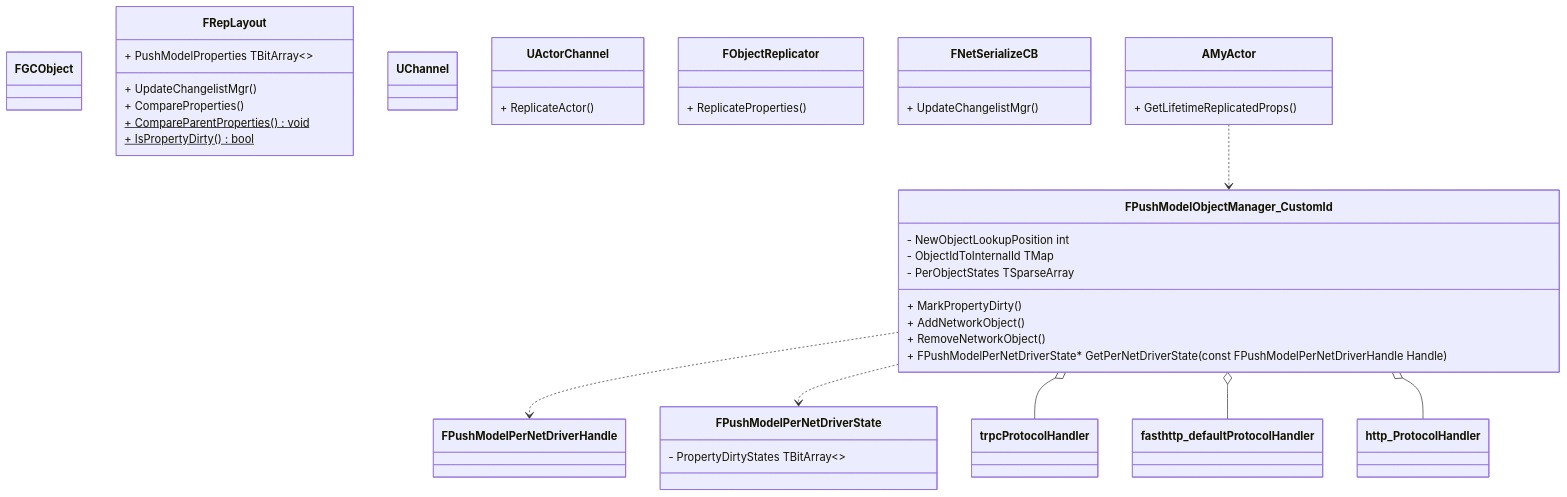
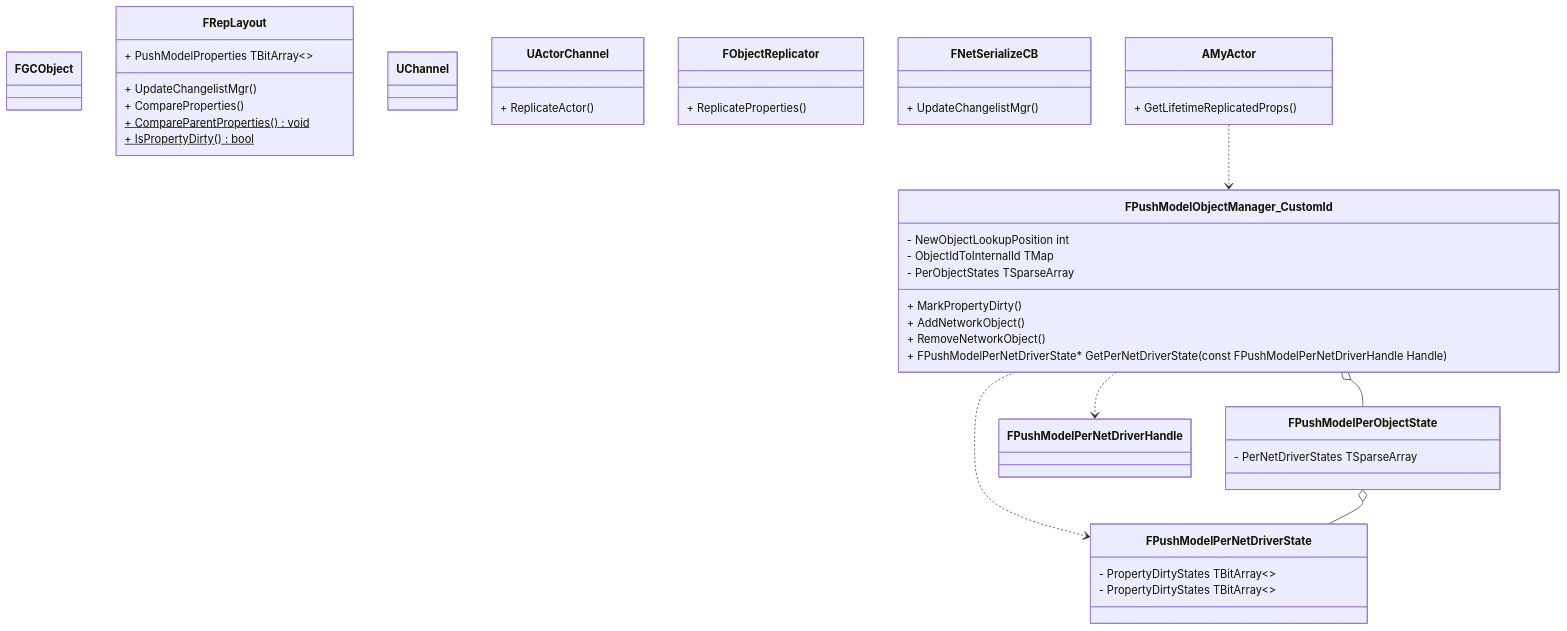
Before and after one commit to erikluo/erikluo.github.io: the diagram in docs/_posts/ue4-network-pushmodel.md, drawn with Mermaid. The commit also changed other lines of this file and 2 other files, not shown here.

````diff
--- a/docs/_posts/ue4-network-pushmodel.md
+++ b/docs/_posts/ue4-network-pushmodel.md
@@ -55,55 +190,61 @@
 ```mermaid
 
 classDiagram
     class FGCObject {
         
     }
     class FRepLayout{
         + PushModelProperties TBitArray<> 
         + UpdateChangelistMgr()
         + CompareProperties()
         + CompareParentProperties() void$
         + IsPropertyDirty() bool$
 	}
+
+    class FPushModelPerNetDriverState {
+        - PropertyDirtyStates TBitArray<>
+    }
+    class FPushModelPerObjectState {
+        - PerNetDriverStates TSparseArray<FPushModelPerNetDriverState>
+    }
 	class FPushModelObjectManager_CustomId {
 	  - NewObjectLookupPosition int
       - ObjectIdToInternalId TMap<FNetPushObjectId, FNetPushObjectId>
       - PerObjectStates TSparseArray<FPushModelPerObjectState>
       + MarkPropertyDirty()
 	  + AddNetworkObject()
       + RemoveNetworkObject()
       + FPushModelPerNetDriverState* GetPerNetDriverState(const FPushModelPerNetDriverHandle Handle)
 	}
 	class FPushModelPerNetDriverHandle {
 		
 	}
 	class FPushModelPerNetDriverState {
         -  PropertyDirtyStates TBitArray<>
 	}
 	
     class UChannel {
         
     }
 	class UActorChannel {
         + ReplicateActor()
 	}
 
     class FObjectReplicator {
         + ReplicateProperties()
     }
 
     class FNetSerializeCB {
         + UpdateChangelistMgr()
     }
 
     class  AMyActor {
         + GetLifetimeReplicatedProps()
 
     }
 	AMyActor ..> FPushModelObjectManager_CustomId
 	FPushModelObjectManager_CustomId ..> FPushModelPerNetDriverHandle
 	FPushModelObjectManager_CustomId ..> FPushModelPerNetDriverState
-	FPushModelObjectManager_CustomId o-- trpcProtocolHandler
-	FPushModelObjectManager_CustomId o-- fasthttp_defaultProtocolHandler
-	FPushModelObjectManager_CustomId o-- http_ProtocolHandler
+	FPushModelObjectManager_CustomId o-- FPushModelPerObjectState
+    FPushModelPerObjectState o-- FPushModelPerNetDriverState
 ```
````
